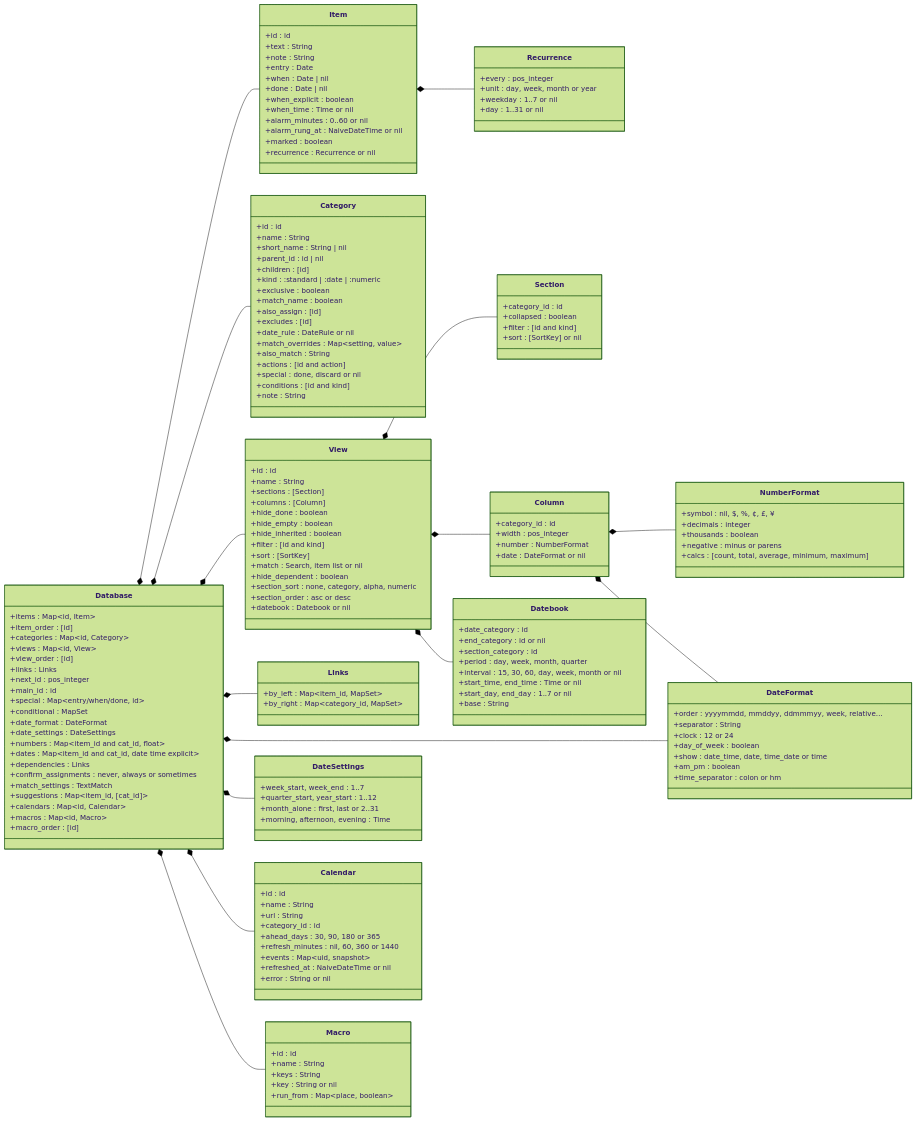
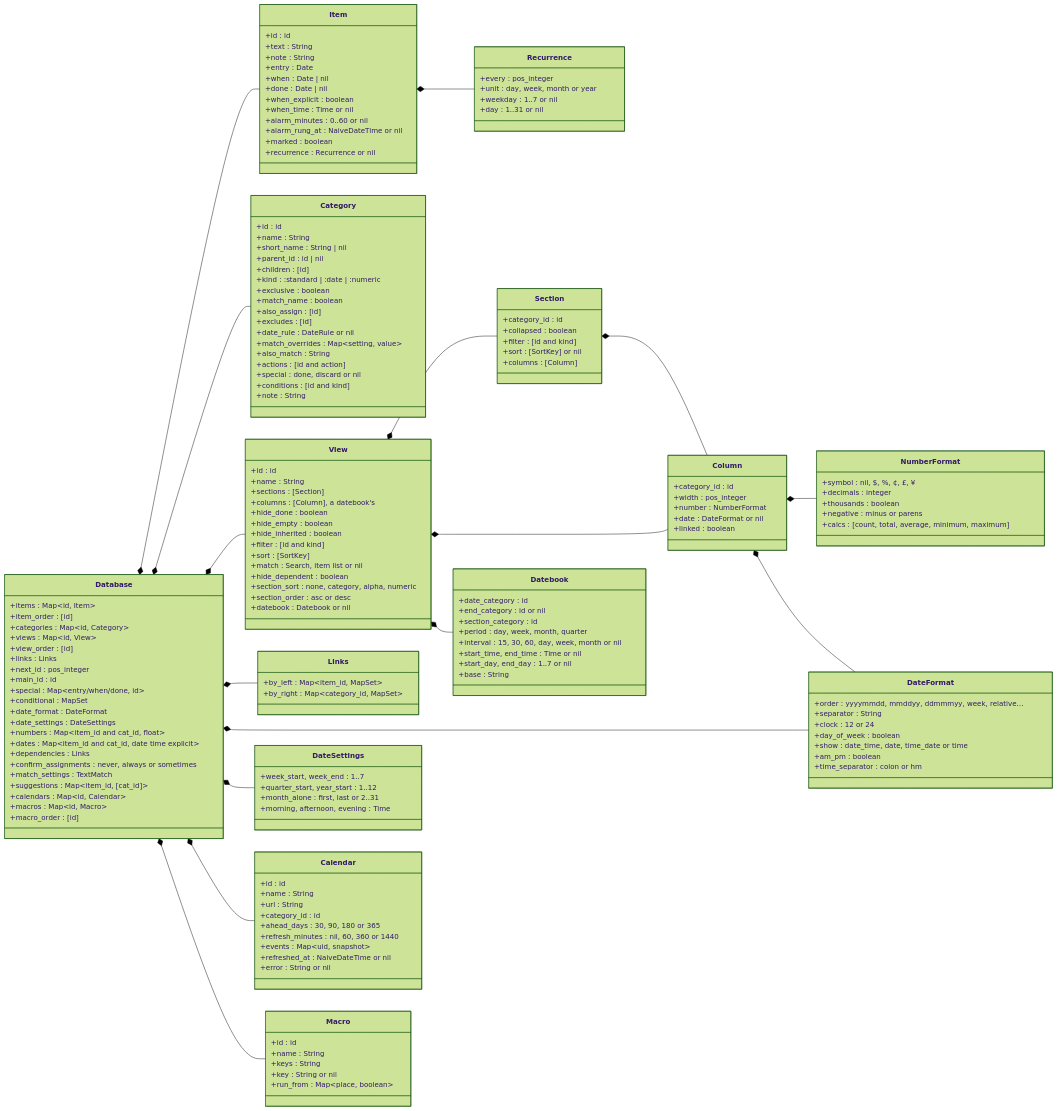
The second of 6 diagrams in docs/DATA_MODEL.md (jamting/agendum), drawn with Mermaid (forest theme) before and after one commit. The commit also changed other lines of this file and 42 other files, not shown here.

```diff
--- a/docs/DATA_MODEL.md
+++ b/docs/DATA_MODEL.md
@@ -219,7 +222,7 @@
         +id : id
         +name : String
         +sections : [Section]
-        +columns : [Column]
+        +columns : [Column], a datebook's
         +hide_done : boolean
         +hide_empty : boolean
         +hide_inherited : boolean
@@ -246,12 +249,14 @@
         +collapsed : boolean
         +filter : [id and kind]
         +sort : [SortKey] or nil
+        +columns : [Column]
     }
     class Column {
         +category_id : id
         +width : pos_integer
         +number : NumberFormat
         +date : DateFormat or nil
+        +linked : boolean
     }
     class NumberFormat {
         +symbol : nil, $, %, ¢, £, ¥
@@ -292,6 +297,7 @@
     Database *-- Calendar
     Database *-- Macro
     View *-- Section
+    Section *-- Column
     View *-- Column
     View *-- Datebook
     Column *-- NumberFormat
```
